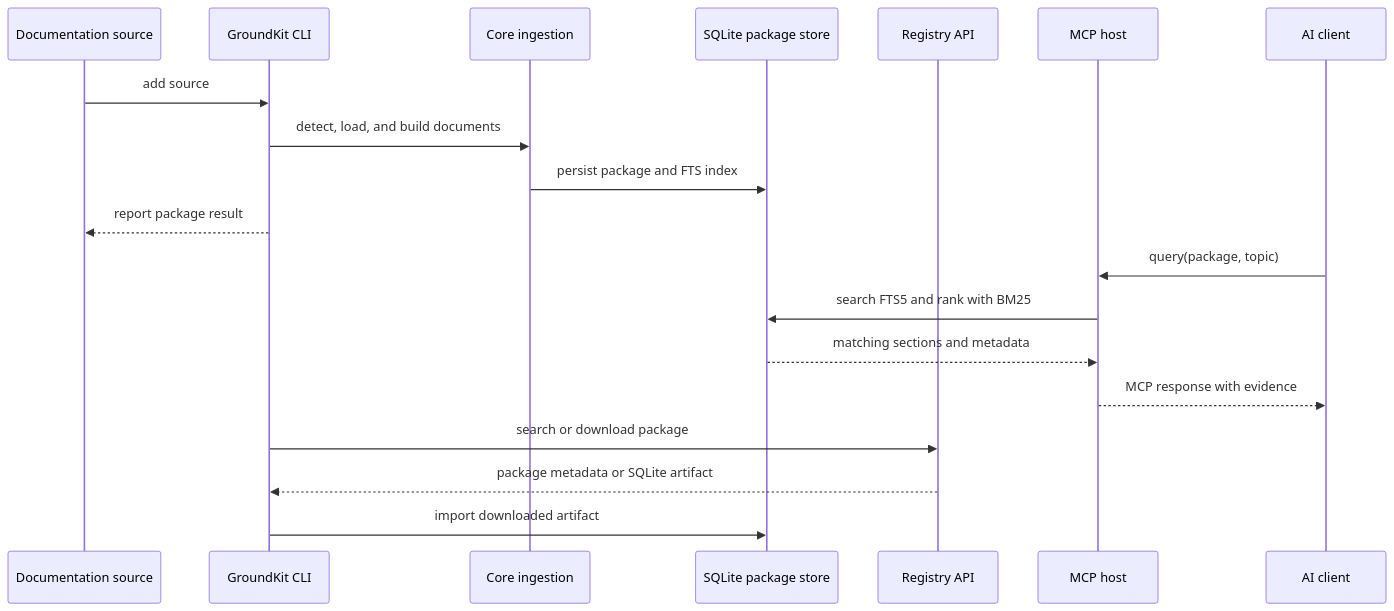
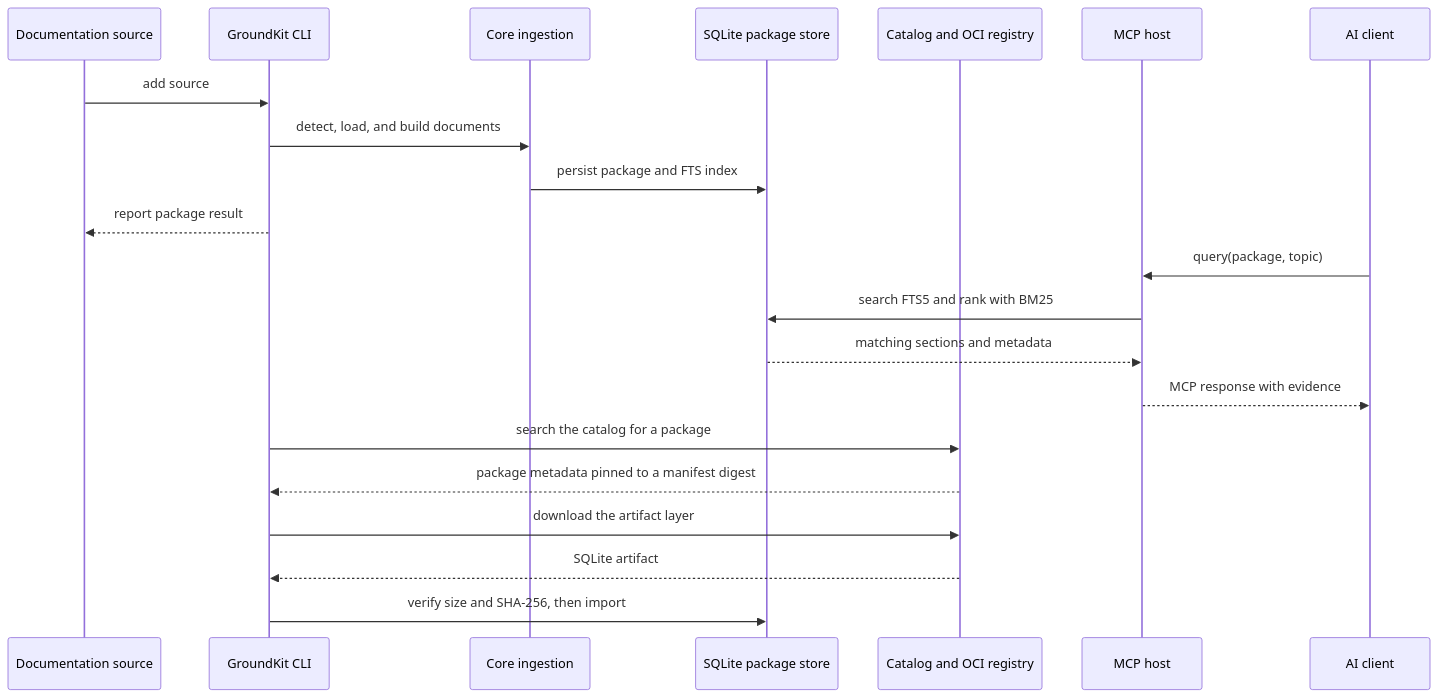
Before and after one commit to mehdihadeli/ContextKit: the third of 4 diagrams in docs/guide/architecture.md, drawn with Mermaid. The commit also changed other lines of this file and 5 other files, not shown here.

````diff
--- a/docs/guide/architecture.md
+++ b/docs/guide/architecture.md
@@ -82,24 +82,26 @@
 ```mermaid
 sequenceDiagram
   participant Source as Documentation source
   participant CLI as GroundKit CLI
   participant Core as Core ingestion
   participant Store as SQLite package store
-  participant Registry as Registry API
+  participant Registry as Catalog and OCI registry
   participant MCP as MCP host
   participant AI as AI client
 
   Source->>CLI: add source
   CLI->>Core: detect, load, and build documents
   Core->>Store: persist package and FTS index
   CLI-->>Source: report package result
 
   AI->>MCP: query(package, topic)
   MCP->>Store: search FTS5 and rank with BM25
   Store-->>MCP: matching sections and metadata
   MCP-->>AI: MCP response with evidence
 
-  CLI->>Registry: search or download package
-  Registry-->>CLI: package metadata or SQLite artifact
-  CLI->>Store: import downloaded artifact
+  CLI->>Registry: search the catalog for a package
+  Registry-->>CLI: package metadata pinned to a manifest digest
+  CLI->>Registry: download the artifact layer
+  Registry-->>CLI: SQLite artifact
+  CLI->>Store: verify size and SHA-256, then import
 ```
````
